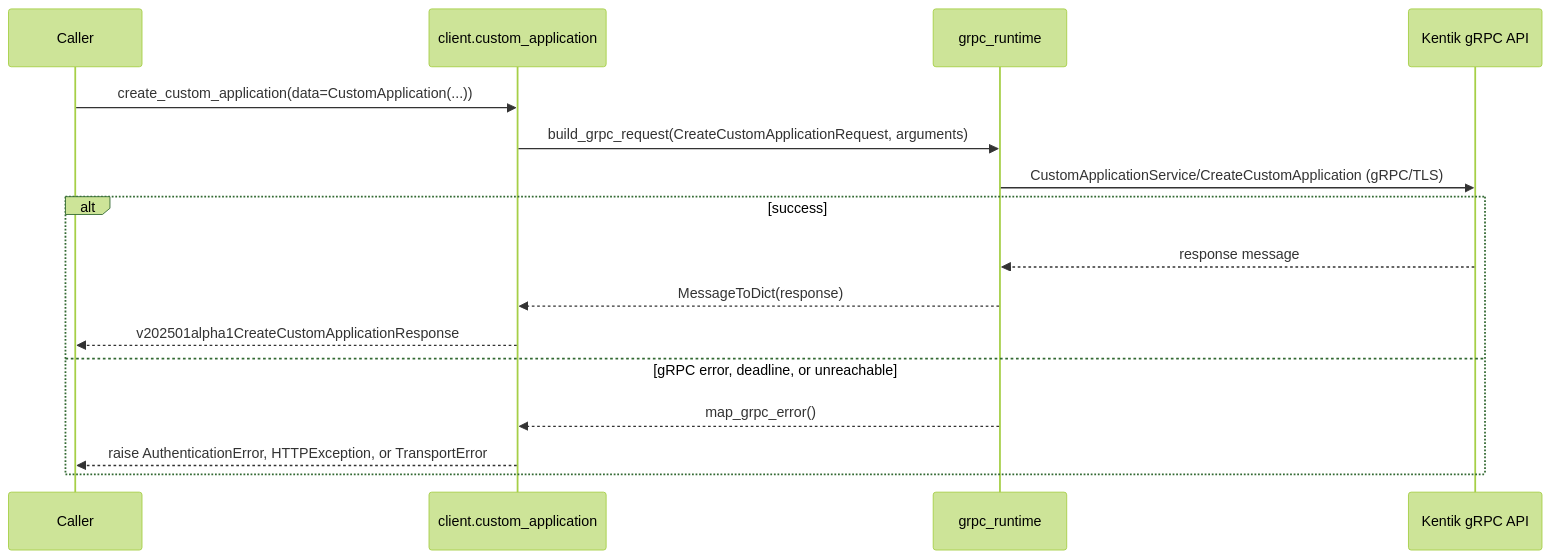
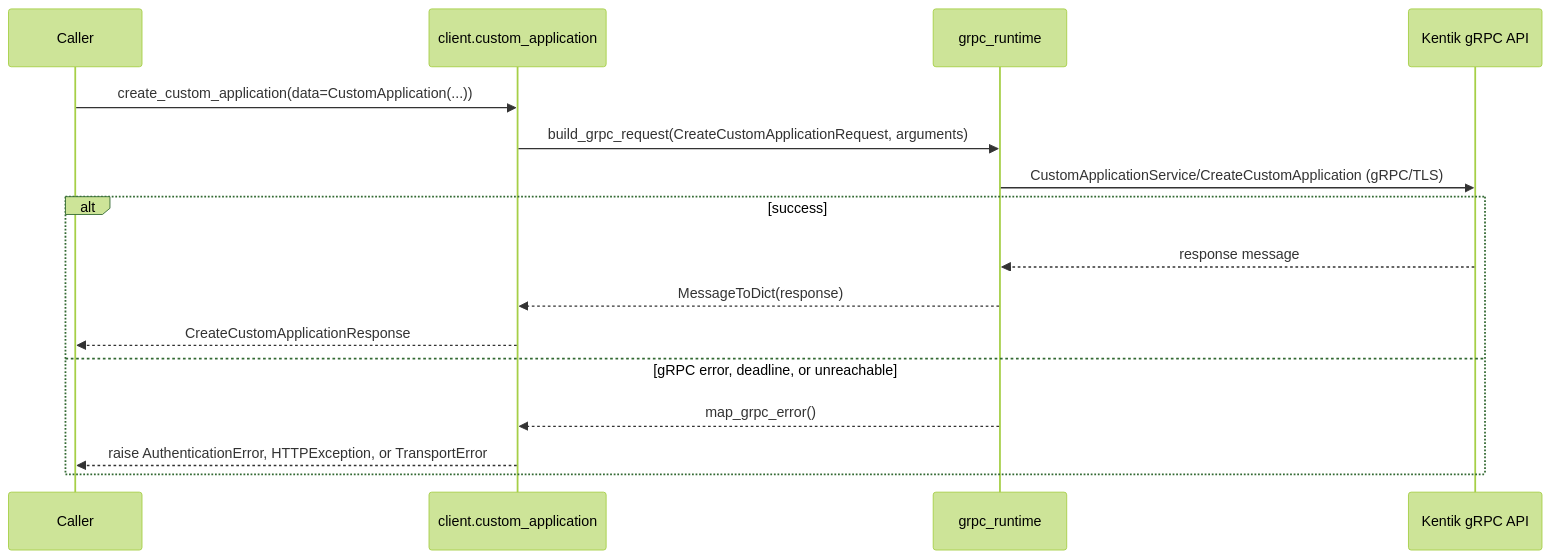
One commit to alexdearaujo/community_sdk_python changed the fifth of 12 diagrams in docs/sphinx/services/custom_application.md. Above: the diagram before and after it, drawn with Mermaid (forest theme). The commit also changed other lines of this file and 38 other files, not shown here.

````diff
--- a/docs/sphinx/services/custom_application.md
+++ b/docs/sphinx/services/custom_application.md
@@ -127,19 +127,19 @@
 ```mermaid
 sequenceDiagram
     participant C as Caller
     participant W as client.custom_application
     participant R as grpc_runtime
     participant API as Kentik gRPC API
 
     C->>W: create_custom_application(data=CustomApplication(...))
     W->>R: build_grpc_request(CreateCustomApplicationRequest, arguments)
     R->>API: CustomApplicationService/CreateCustomApplication (gRPC/TLS)
     alt success
         API-->>R: response message
         R-->>W: MessageToDict(response)
-        W-->>C: v202501alpha1CreateCustomApplicationResponse
+        W-->>C: CreateCustomApplicationResponse
     else gRPC error, deadline, or unreachable
         R-->>W: map_grpc_error()
         W-->>C: raise AuthenticationError, HTTPException, or TransportError
     end
 ```
````
